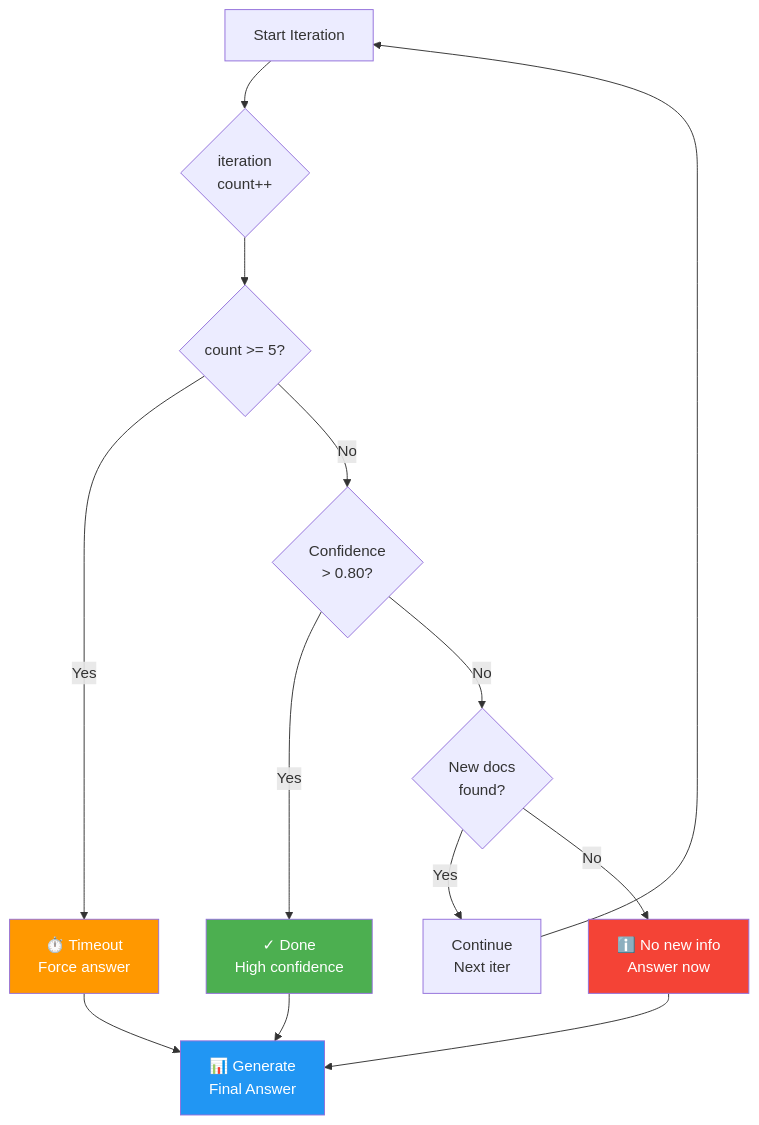
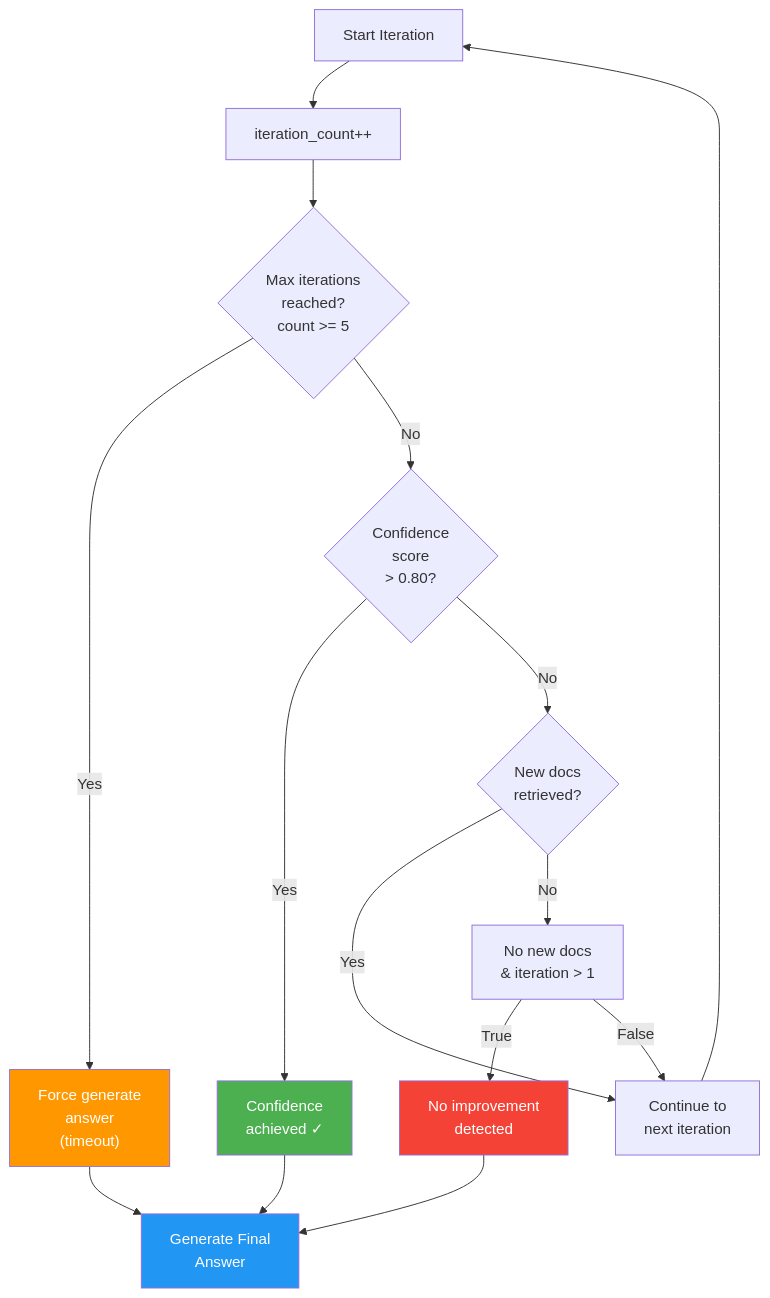
The fifth of 7 diagrams in docs/ARCHITECTURE_DIAGRAM_AGENTIC_RAG.md (Wanlee0701/hust-agentic-rag), drawn with Mermaid before and after one commit. The commit also changed other lines of this file and 32 other files, not shown here.

Commit message:
feat: restructure directory architecture and prepare for open-source release

````diff
--- a/docs/ARCHITECTURE_DIAGRAM_AGENTIC_RAG.md
+++ b/docs/ARCHITECTURE_DIAGRAM_AGENTIC_RAG.md
@@ -172,33 +321,37 @@
 ```mermaid
 graph TD
-    START["Start Iteration"]
-    ITER{"iteration<br/>count++"}
-    MAXCHECK{"count >= 5?"}
-    CONFCHECK{"Confidence<br/>> 0.80?"}
-    NEWDOCS{"New docs<br/>found?"}
+    A["Start Iteration"]
+    B["iteration_count++"]
+    C{"Max iterations<br/>reached?<br/>count >= 5"}
+    D{"Confidence<br/>score<br/>> 0.80?"}
+    E{"New docs<br/>retrieved?"}
+    F["No new docs<br/>& iteration > 1"]
     
-    CONTINUE["Continue<br/>Next iter"]
-    SUCCESS["✓ Done<br/>High confidence"]
-    TIMEOUT["⏱️ Timeout<br/>Force answer"]
-    NOIMPROVE["ℹ️ No new info<br/>Answer now"]
-    ANSWER["📊 Generate<br/>Final Answer"]
+    G["Continue to<br/>next iteration"]
+    H["Confidence<br/>achieved ✓"]
+    I["Force generate<br/>answer<br/>(timeout)"]
+    J["No improvement<br/>detected"]
     
-    START --> ITER
-    ITER --> MAXCHECK
-    MAXCHECK -->|Yes| TIMEOUT
-    MAXCHECK -->|No| CONFCHECK
-    CONFCHECK -->|Yes| SUCCESS
-    CONFCHECK -->|No| NEWDOCS
-    NEWDOCS -->|Yes| CONTINUE
-    NEWDOCS -->|No| NOIMPROVE
+    K["Generate Final<br/>Answer"]
     
-    SUCCESS --> ANSWER
-    TIMEOUT --> ANSWER
-    NOIMPROVE --> ANSWER
-    CONTINUE --> START
+    A --> B
+    B --> C
+    C -->|Yes| I
+    C -->|No| D
+    D -->|Yes| H
+    D -->|No| E
+    E -->|Yes| G
+    E -->|No| F
+    F -->|True| J
+    F -->|False| G
     
-    style SUCCESS fill:#4caf50,color:#fff
-    style TIMEOUT fill:#ff9800,color:#fff
-    style NOIMPROVE fill:#f44336,color:#fff
-    style ANSWER fill:#2196f3,color:#fff
+    H --> K
+    I --> K
+    J --> K
+    G --> A
+    
+    style H fill:#4caf50,color:#fff
+    style I fill:#ff9800,color:#fff
+    style J fill:#f44336,color:#fff
+    style K fill:#2196f3,color:#fff
 ```
````
